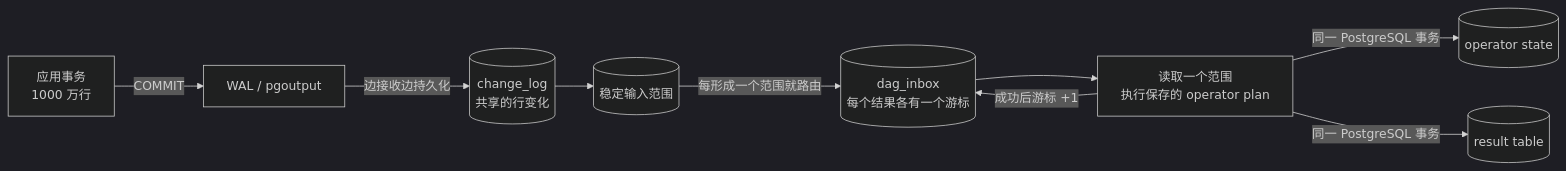
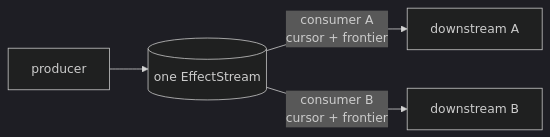
The fourth of 6 diagrams in docs/ARCHITECTURE.md (frelion/shiba), drawn with Mermaid (dark theme) before and after one commit. The commit also changed other lines of this file and 111 other files, not shown here.

````diff
--- a/docs/ARCHITECTURE.md
+++ b/docs/ARCHITECTURE.md
@@ -8,20 +242,6 @@
 ```mermaid
 flowchart LR
-    APP["应用事务<br/>1000 万行"]
-    WAL["WAL / pgoutput"]
-    LOG[("change_log<br/>共享的行变化")]
-    RANGES[("稳定输入范围")]
-    INBOX[("dag_inbox<br/>每个结果各有一个游标")]
-    APPLY["读取一个范围<br/>执行保存的 operator plan"]
-    STATE[("operator state")]
-    RESULT[("result table")]
-
-    APP -->|"COMMIT"| WAL
-    WAL -->|"边接收边持久化"| LOG
-    LOG --> RANGES
-    RANGES -->|"每形成一个范围就路由"| INBOX
-    INBOX --> APPLY
-    APPLY -->|"同一 PostgreSQL 事务"| STATE
-    APPLY -->|"同一 PostgreSQL 事务"| RESULT
-    APPLY -->|"成功后游标 +1"| INBOX
+    P["producer"] --> Q[("one EffectStream")]
+    Q -->|"consumer A<br/>cursor + frontier"| A["downstream A"]
+    Q -->|"consumer B<br/>cursor + frontier"| B["downstream B"]
 ```
````
